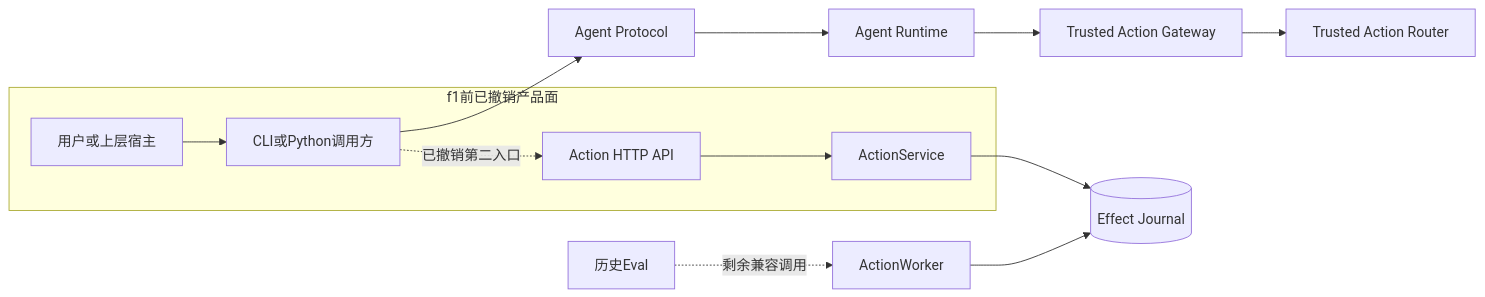
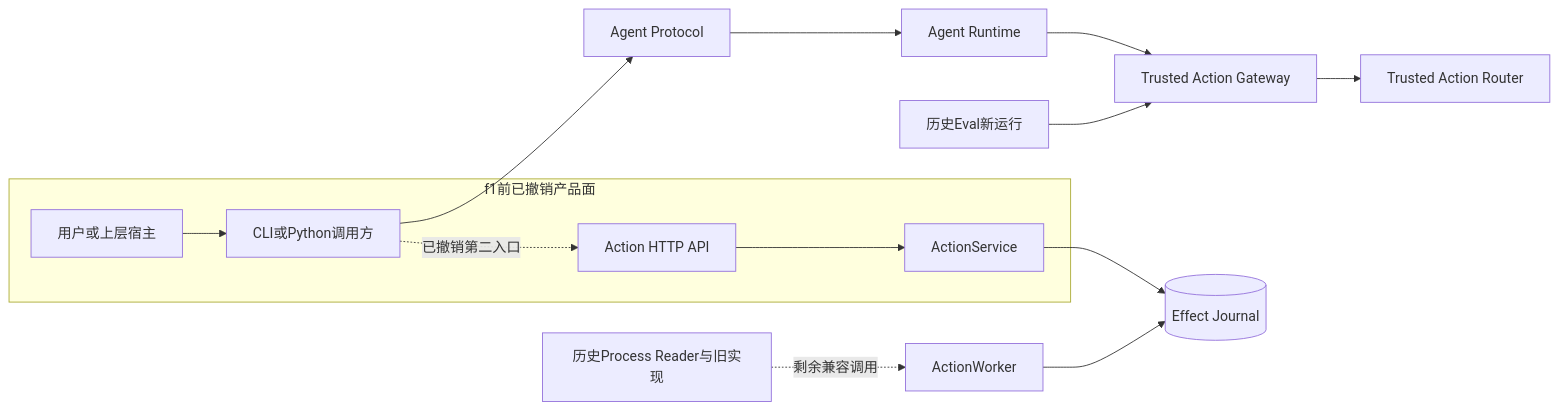
Before and after one commit to carrie1988/Harnessix: the first of 5 diagrams in docs/changes/m09-1f-single-product-runtime-convergence.md, drawn with Mermaid. The commit also changed other lines of this file and 33 other files, not shown here.

````diff
--- a/docs/changes/m09-1f-single-product-runtime-convergence.md
+++ b/docs/changes/m09-1f-single-product-runtime-convergence.md
@@ -93,15 +93,16 @@
 ```mermaid
 flowchart LR
     subgraph Before[f1前已撤销产品面]
     User[用户或上层宿主] --> Client[CLI或Python调用方]
     Client -.已撤销第二入口.-> API[Action HTTP API]
     API --> Service[ActionService]
     end
     Client --> Protocol[Agent Protocol]
     Protocol --> Agent[Agent Runtime]
     Agent --> Gateway[Trusted Action Gateway]
     Gateway --> Router[Trusted Action Router]
     Service --> Journal[(Effect Journal)]
     Worker[ActionWorker] --> Journal
-    Eval[历史Eval] -.剩余兼容调用.-> Worker
+    Eval[历史Eval新运行] --> Gateway
+    Reader[历史Process Reader与旧实现] -.剩余兼容调用.-> Worker
 ```
````
